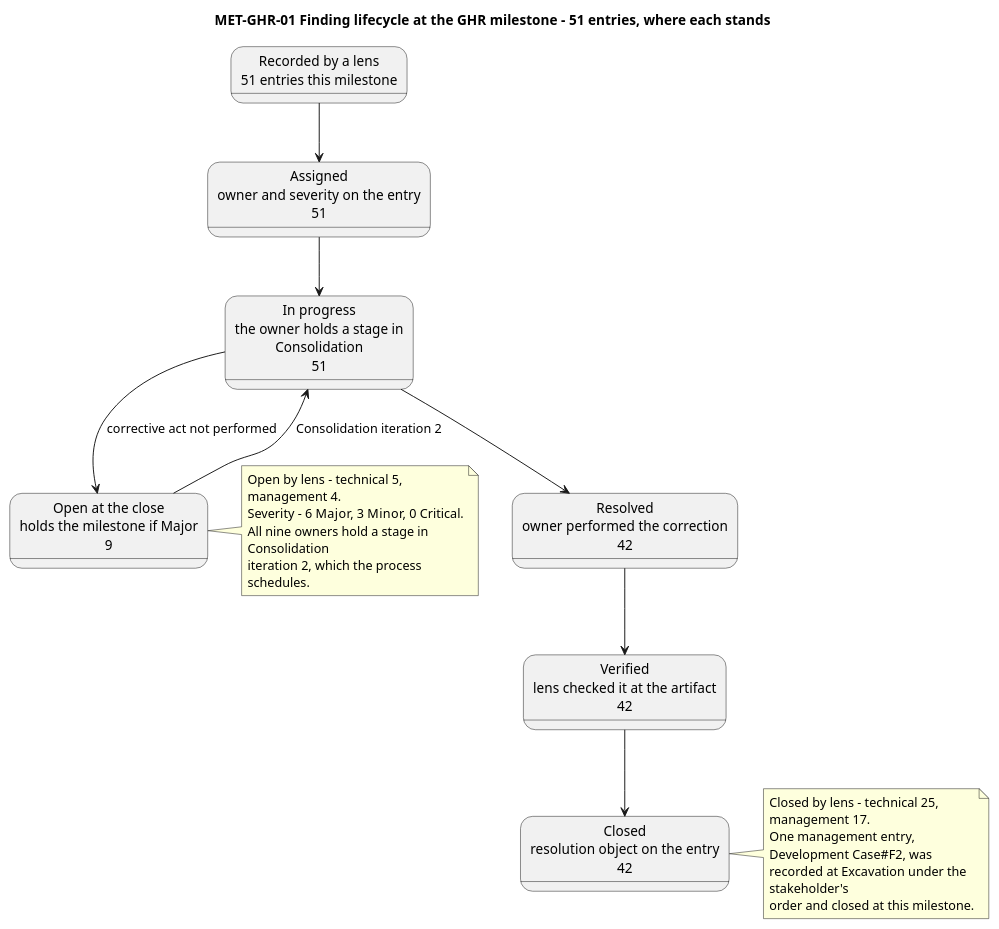
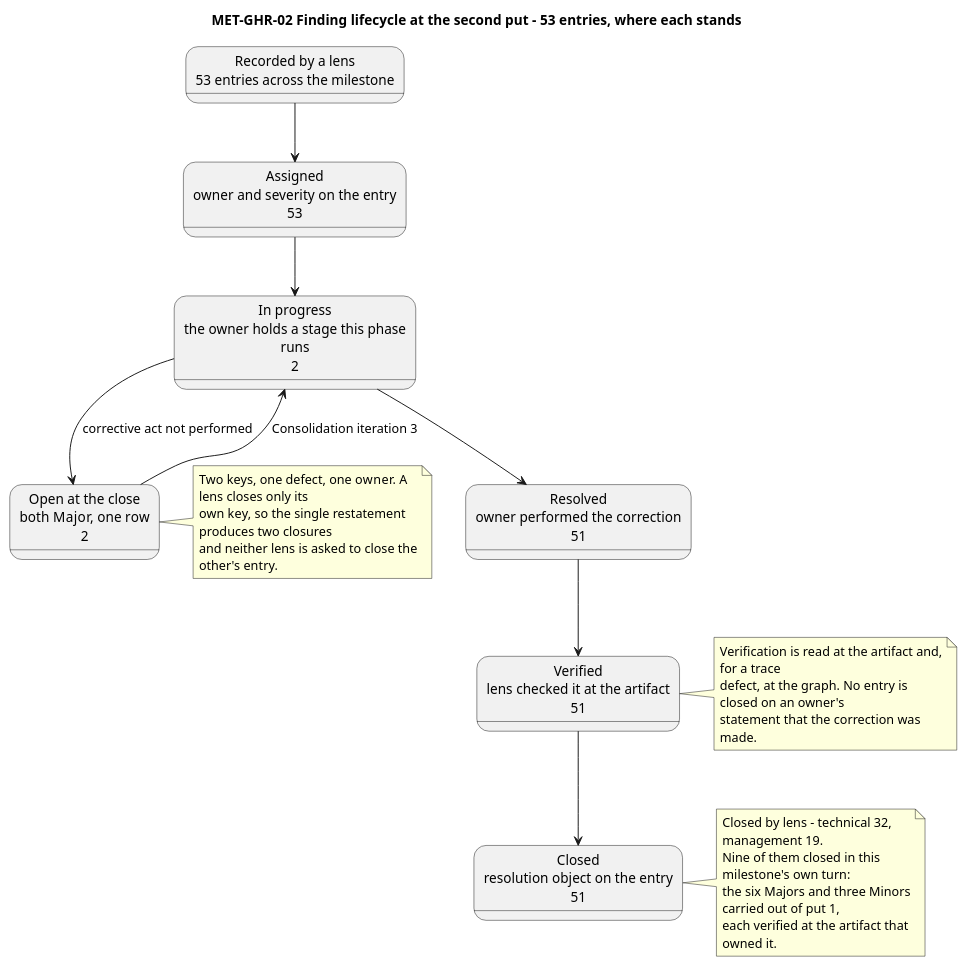
One commit to banense-test/TodoApp changed diagram 12 of 16 in docs/artifacts/project-management/review-record.md. Above: the diagram before and after it, drawn with PlantUML. The commit also changed other lines of this file, not shown here.

First line of the commit message:
Review Coordinator [Consolidation2]: upsert Review Record

````diff
--- a/docs/artifacts/project-management/review-record.md
+++ b/docs/artifacts/project-management/review-record.md
@@ -996,36 +984,40 @@
 ```plantuml
 @startuml
-title MET-GHR-01 Finding lifecycle at the GHR milestone - 51 entries, where each stands
+title MET-GHR-02 Finding lifecycle at the second put - 53 entries, where each stands
 skinparam shadowing false
 skinparam wrapWidth 235
 
-state "Recorded by a lens\n51 entries this milestone" as R
-state "Assigned\nowner and severity on the entry\n51" as A
-state "In progress\nthe owner holds a stage in Consolidation\n51" as P
-state "Resolved\nowner performed the correction\n42" as RV
-state "Verified\nlens checked it at the artifact\n42" as VF
-state "Closed\nresolution object on the entry\n42" as C
-state "Open at the close\nholds the milestone if Major\n9" as O
+state "Recorded by a lens\n53 entries across the milestone" as R
+state "Assigned\nowner and severity on the entry\n53" as A
+state "In progress\nthe owner holds a stage this phase runs\n2" as P
+state "Resolved\nowner performed the correction\n51" as RV
+state "Verified\nlens checked it at the artifact\n51" as VF
+state "Closed\nresolution object on the entry\n51" as C
+state "Open at the close\nboth Major, one row\n2" as O
 
 R --> A
 A --> P
 P --> RV
 RV --> VF
 VF --> C
 P --> O : corrective act not performed
-O --> P : Consolidation iteration 2
+O --> P : Consolidation iteration 3
 
 note right of C
-  Closed by lens - technical 25, management 17.
-  One management entry, Development Case#F2, was
-  recorded at Excavation under the stakeholder's
-  order and closed at this milestone.
+  Closed by lens - technical 32, management 19.
+  Nine of them closed in this milestone's own turn:
+  the six Majors and three Minors carried out of put 1,
+  each verified at the artifact that owned it.
+end note
+note right of VF
+  Verification is read at the artifact and, for a trace
+  defect, at the graph. No entry is closed on an owner's
+  statement that the correction was made.
 end note
 note right of O
-  Open by lens - technical 5, management 4.
-  Severity - 6 Major, 3 Minor, 0 Critical.
-  All nine owners hold a stage in Consolidation
-  iteration 2, which the process schedules.
+  Two keys, one defect, one owner. A lens closes only its
+  own key, so the single restatement produces two closures
+  and neither lens is asked to close the other's entry.
 end note
 @enduml
 ```
````
